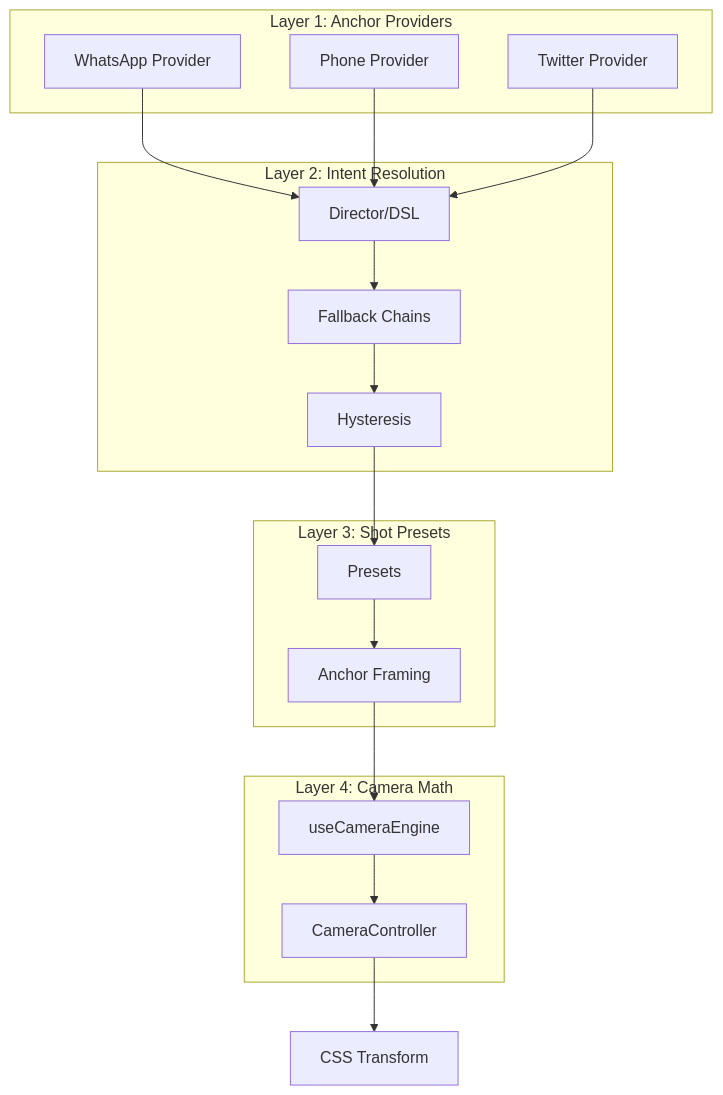
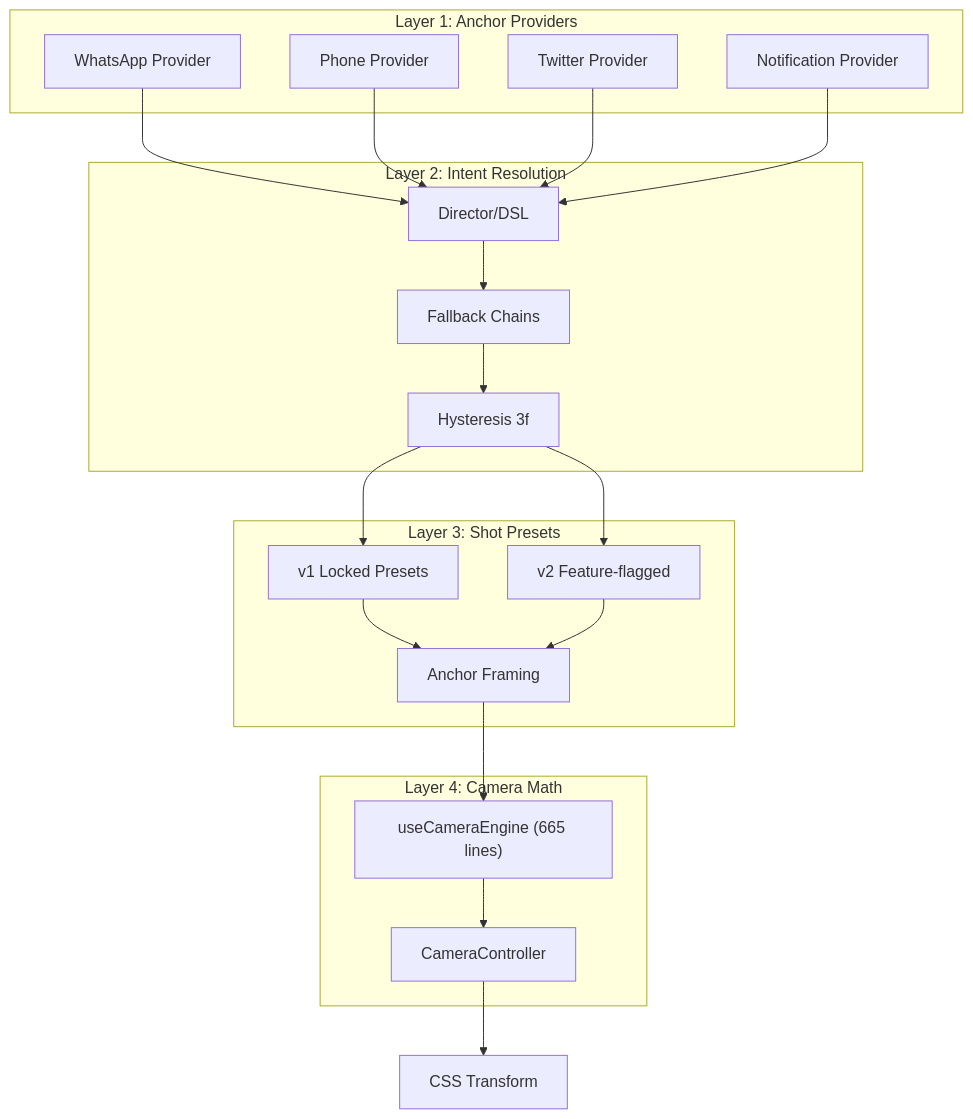
One commit to nishit-g/tokovo changed the diagram in apps/docs/pages/architecture/camera.mdx. Above: the diagram before and after it, drawn with Mermaid. The commit also changed other lines of this file and 47 other files, not shown here.

````diff
--- a/apps/docs/pages/architecture/camera.mdx
+++ b/apps/docs/pages/architecture/camera.mdx
@@ -34,31 +34,37 @@
 ```mermaid
 graph TB
     subgraph "Layer 1: Anchor Providers"
         WA[WhatsApp Provider]
         PH[Phone Provider]
         TW[Twitter Provider]
+        NT[Notification Provider]
     end
     
     subgraph "Layer 2: Intent Resolution"
         DIR[Director/DSL]
         FB[Fallback Chains]
-        HY[Hysteresis]
+        HY[Hysteresis 3f]
     end
     
     subgraph "Layer 3: Shot Presets"
-        PR[Presets]
+        V1[v1 Locked Presets]
+        V2[v2 Feature-flagged]
         FR[Anchor Framing]
     end
     
     subgraph "Layer 4: Camera Math"
-        ENG[useCameraEngine]
+        ENG["useCameraEngine (665 lines)"]
         CTL[CameraController]
     end
     
     WA --> DIR
     PH --> DIR
     TW --> DIR
-    DIR --> FB --> HY --> PR
-    PR --> FR --> ENG
+    NT --> DIR
+    DIR --> FB --> HY --> V1
+    HY --> V2
+    V1 --> FR
+    V2 --> FR
+    FR --> ENG
     ENG --> CTL --> CSS[CSS Transform]
 ```
````
